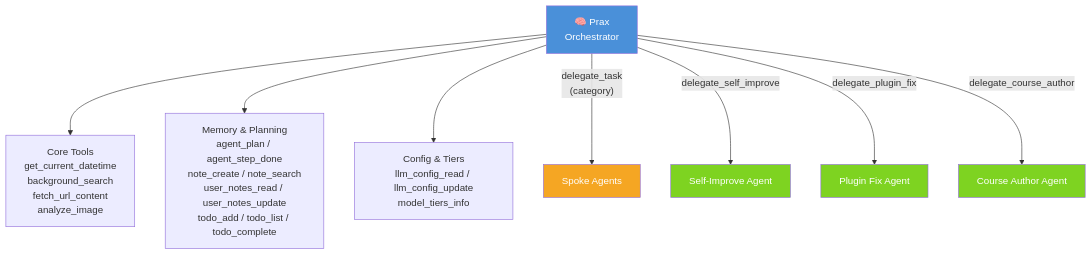
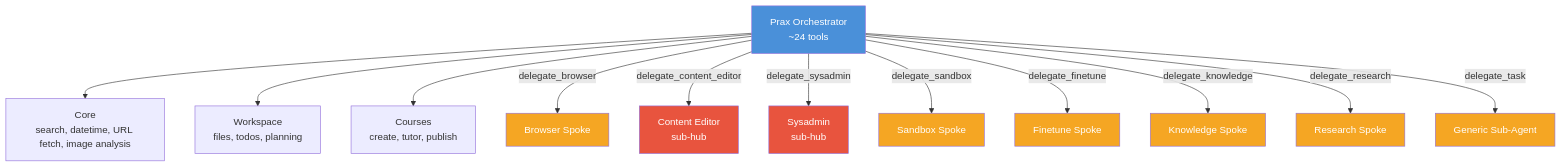
Before and after one commit to praxagent/prax: the seventh of 29 diagrams in README.md, drawn with Mermaid. The commit also changed other lines of this file and 104 other files, not shown here.

````diff
--- a/README.md
+++ b/README.md
@@ -553,19 +558,27 @@
 ```mermaid
 graph TB
-    Prax["🧠 Prax\nOrchestrator"]
+    Prax["Prax Orchestrator\n~24 tools"]
 
-    Prax --> Core["Core Tools\nget_current_datetime\nbackground_search\nfetch_url_content\nanalyze_image"]
-    Prax --> Memory["Memory & Planning\nagent_plan / agent_step_done\nnote_create / note_search\nuser_notes_read / user_notes_update\ntodo_add / todo_list / todo_complete"]
-    Prax --> Config["Config & Tiers\nllm_config_read / llm_config_update\nmodel_tiers_info"]
+    Prax --> Core["Core\nsearch, datetime, URL fetch, image analysis"]
+    Prax --> Workspace["Workspace\nfiles, todos, planning"]
+    Prax --> Courses["Courses\ncreate, tutor, publish"]
 
-    Prax -->|"delegate_task\n(category)"| Spokes["Spoke Agents"]
-    Prax -->|"delegate_self_improve"| SI["Self-Improve Agent"]
-    Prax -->|"delegate_plugin_fix"| PF["Plugin Fix Agent"]
-    Prax -->|"delegate_course_author"| CA["Course Author Agent"]
+    Prax -->|delegate_browser| Browser["Browser Spoke"]
+    Prax -->|delegate_content_editor| Content["Content Editor\nsub-hub"]
+    Prax -->|delegate_sysadmin| Sysadmin["Sysadmin\nsub-hub"]
+    Prax -->|delegate_sandbox| Sandbox["Sandbox Spoke"]
+    Prax -->|delegate_finetune| Finetune["Finetune Spoke"]
+    Prax -->|delegate_knowledge| Knowledge["Knowledge Spoke"]
+    Prax -->|delegate_research| Research["Research Spoke"]
+    Prax -->|delegate_task| Generic["Generic Sub-Agent"]
 
     style Prax fill:#4A90D9,color:#fff
-    style Spokes fill:#F5A623,color:#fff
-    style SI fill:#7ED321,color:#fff
-    style PF fill:#7ED321,color:#fff
-    style CA fill:#7ED321,color:#fff
+    style Browser fill:#F5A623,color:#fff
+    style Content fill:#E8543E,color:#fff
+    style Sysadmin fill:#E8543E,color:#fff
+    style Sandbox fill:#F5A623,color:#fff
+    style Finetune fill:#F5A623,color:#fff
+    style Knowledge fill:#F5A623,color:#fff
+    style Research fill:#F5A623,color:#fff
+    style Generic fill:#F5A623,color:#fff
 ```
````
